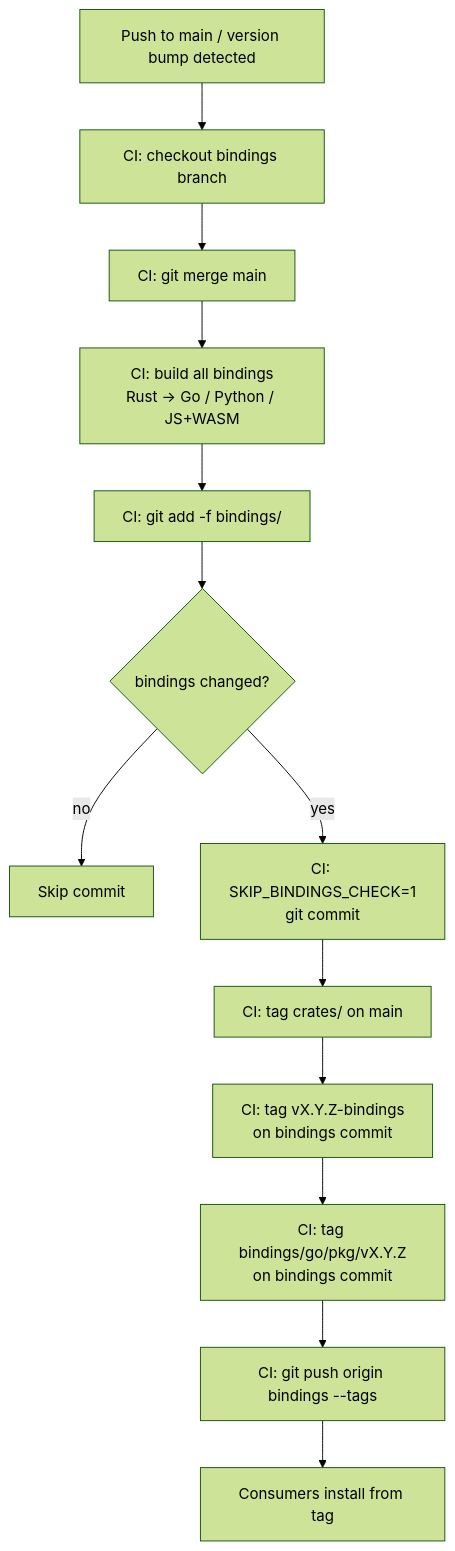
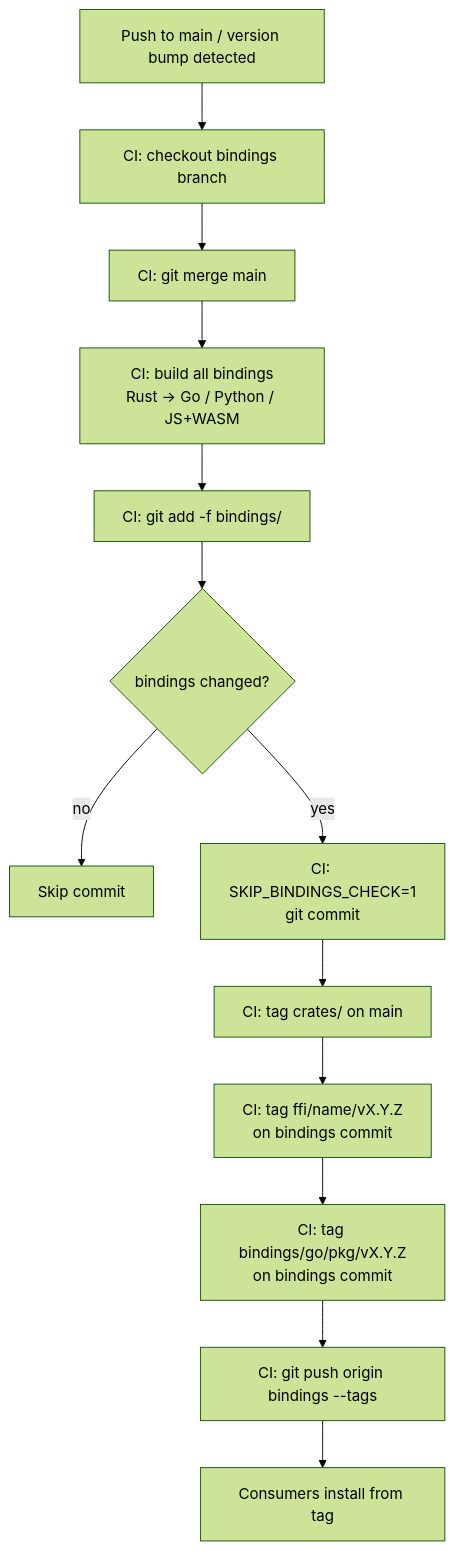
One commit to amd-cmaxwell/ffi-testing changed the second of 2 diagrams in bindings/README.md. Above: the diagram before and after it, drawn with Mermaid (forest theme). The commit also changed other lines of this file and 2 other files, not shown here.

First line of the commit message:
implement bindings branch flow in release workflow

````diff
--- a/bindings/README.md
+++ b/bindings/README.md
@@ -56,15 +56,15 @@
 ```mermaid
 flowchart TD
   A[Push to main / version bump detected] --> B[CI: checkout bindings branch]
   B --> C[CI: git merge main]
   C --> D[CI: build all bindings<br/>Rust → Go / Python / JS+WASM]
   D --> E[CI: git add -f bindings/]
   E --> F{bindings changed?}
   F -- no --> G[Skip commit]
   F -- yes --> H[CI: SKIP_BINDINGS_CHECK=1<br/>git commit]
   H --> I[CI: tag crates/ on main]
-  I --> J[CI: tag vX.Y.Z-bindings<br/>on bindings commit]
+  I --> J[CI: tag ffi/name/vX.Y.Z<br/>on bindings commit]
   J --> M[CI: tag bindings/go/pkg/vX.Y.Z<br/>on bindings commit]
   M --> L[CI: git push origin bindings --tags]
   L --> K[Consumers install from tag]
 ```
````
